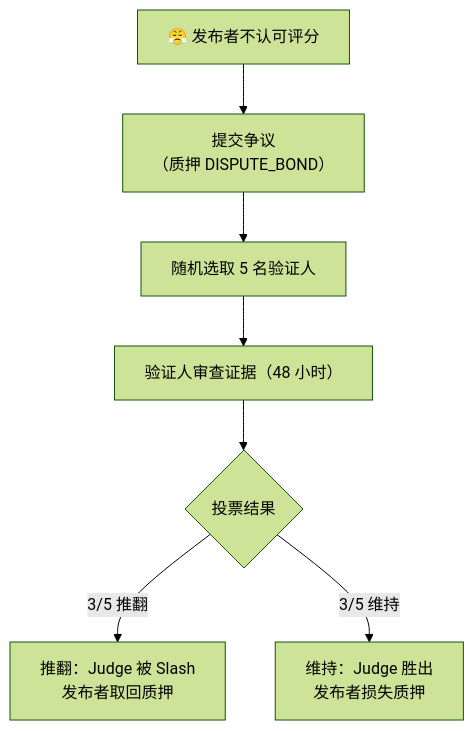
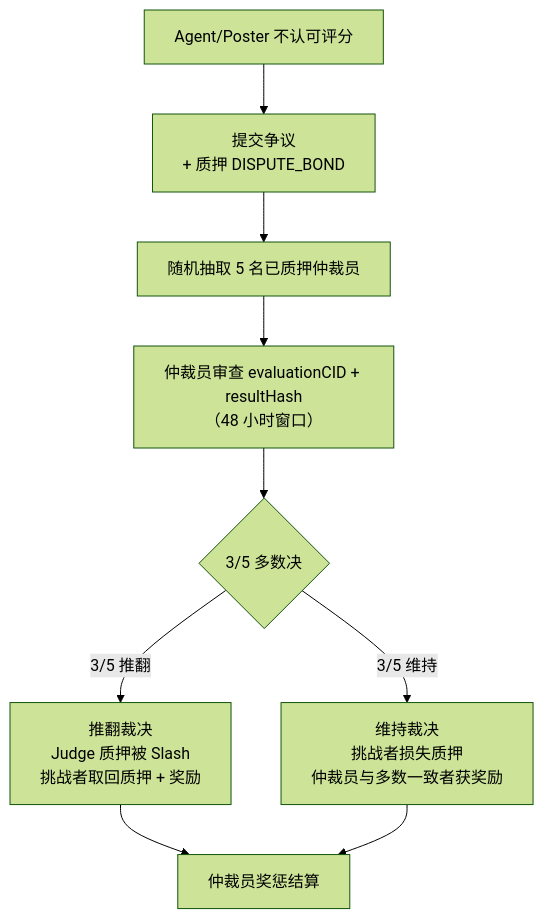
Diagram 31 of 31 in docs/design/architecture.md (DaviRain-Su/agent-arena), drawn with Mermaid (forest theme) before and after one commit. The commit also changed other lines of this file and 1 other file, not shown here.

````diff
--- a/docs/design/architecture.md
+++ b/docs/design/architecture.md
@@ -2003,14 +2018,15 @@
 ```mermaid
 flowchart TD
-    A["😤 发布者不认可评分"]
-    B["提交争议<br/>（质押 DISPUTE_BOND）"]
-    C["随机选取 5 名验证人"]
-    D["验证人审查证据（48 小时）"]
-    E{投票结果}
-    F["推翻：Judge 被 Slash<br/>发布者取回质押"]
-    G["维持：Judge 胜出<br/>发布者损失质押"]
+    A["Agent/Poster 不认可评分"]
+    B["提交争议<br/>+ 质押 DISPUTE_BOND"]
+    C["随机抽取 5 名已质押仲裁员"]
+    D["仲裁员审查 evaluationCID + resultHash<br/>（48 小时窗口）"]
+    E{3/5 多数决}
+    F["推翻裁决<br/>Judge 质押被 Slash<br/>挑战者取回质押 + 奖励"]
+    G["维持裁决<br/>挑战者损失质押<br/>仲裁员与多数一致者获奖励"]
+    H["仲裁员奖惩结算"]
 
     A --> B --> C --> D --> E
-    E -->|"3/5 推翻"| F
-    E -->|"3/5 维持"| G
+    E -->|"3/5 推翻"| F --> H
+    E -->|"3/5 维持"| G --> H
 ```
````
